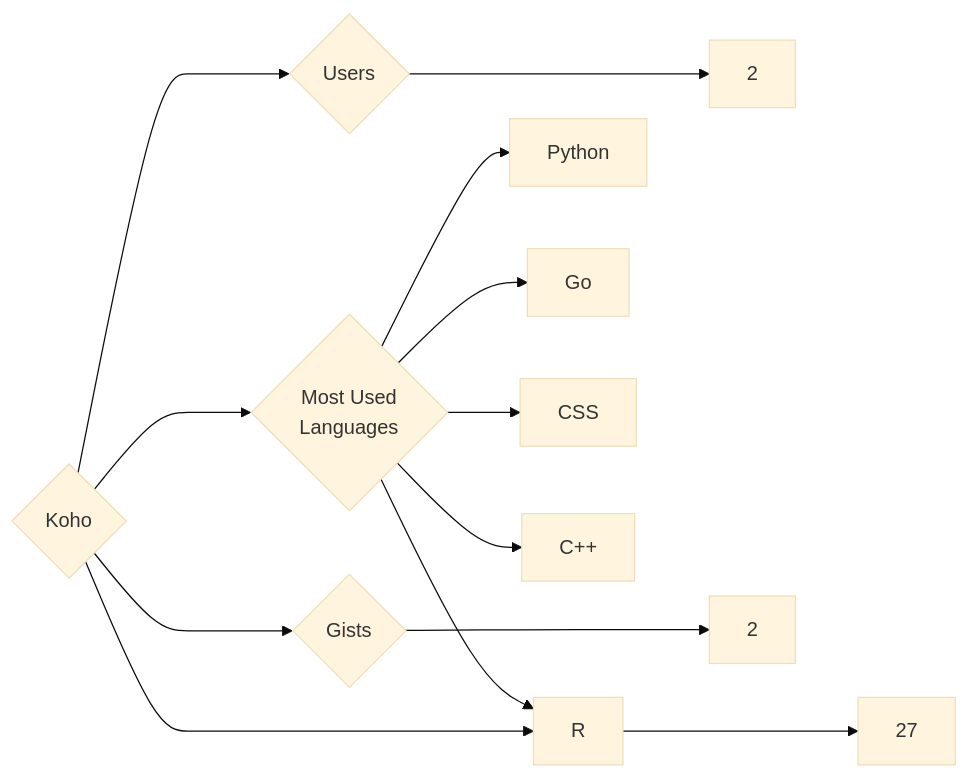
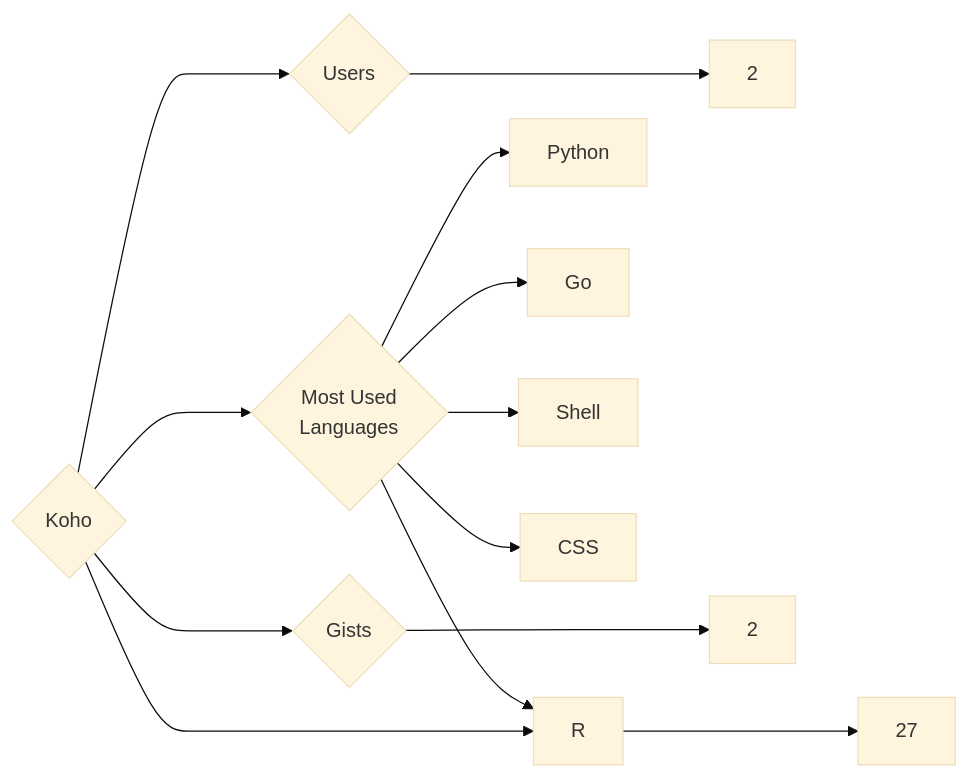
The diagram in targets/Koho/README.md (trickest/insiders), drawn with Mermaid (base theme) before and after one commit. The commit also changed 723 other files, not shown here.

````diff
--- a/targets/Koho/README.md
+++ b/targets/Koho/README.md
@@ -3,13 +3,13 @@
 ```mermaid
 graph LR
 COMPANY_NAME{Koho}
 COMPANY_NAME ---> U{Users} ---> UN[2]
 COMPANY_NAME ---> R{Repositories} ---> RN[27]
 COMPANY_NAME ---> G{Gists} ---> GN[2]
 COMPANY_NAME ---> ML{Most Used<br>Languages}
 ML --> Python[Python]
 ML --> Go[Go]
+ML --> Shell[Shell]
 ML --> R[R]
 ML --> CSS[CSS]
-ML --> C++[C++]
 ```
````
